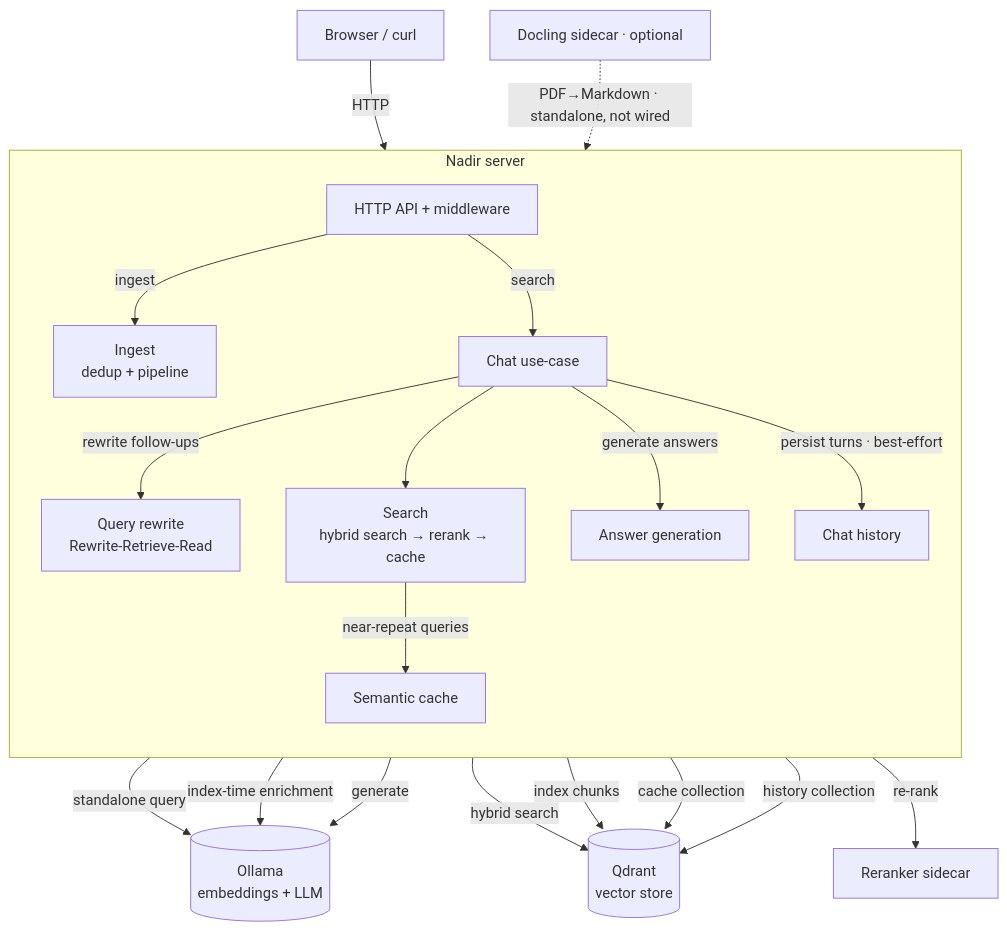
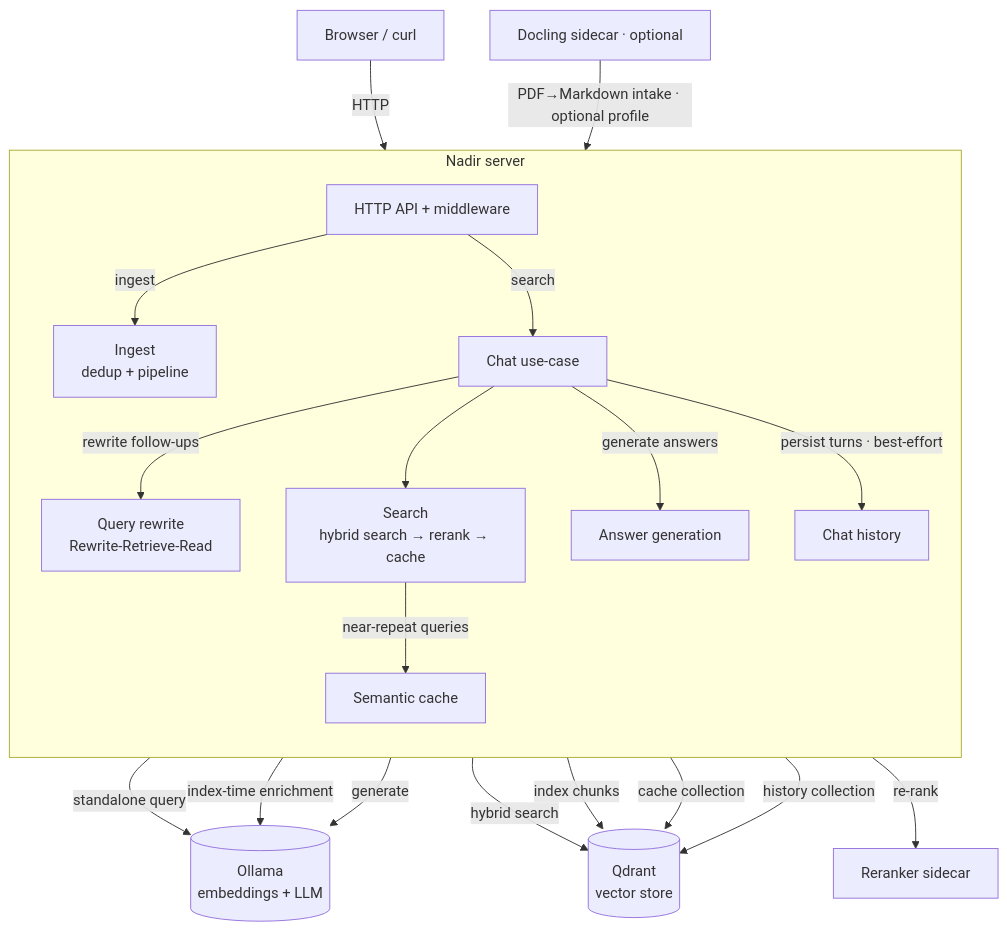
One commit to Chandra179/nadir changed the first of 2 diagrams in docs/architecture.md. Above: the diagram before and after it, drawn with Mermaid. The commit also changed other lines of this file and 56 other files, not shown here.

Commit message:
Deepen architecture and portable document intake

````diff
--- a/docs/architecture.md
+++ b/docs/architecture.md
@@ -10,38 +10,38 @@
 ```mermaid
 flowchart TB
     Client[Browser / curl]
     Ollama[("Ollama<br/>embeddings + LLM")]
     Qdrant[("Qdrant<br/>vector store")]
     RerankerSvc["Reranker sidecar"]
     DoclingSvc["Docling sidecar · optional"]
 
     subgraph Nadir["Nadir server"]
         direction TB
         API["HTTP API + middleware"]
         CHAT["Chat use-case"]
         REWRITE["Query rewrite<br/>Rewrite-Retrieve-Read"]
         SEARCH["Search<br/>hybrid search → rerank → cache"]
         CACHE["Semantic cache"]
         INGEST["Ingest<br/>dedup + pipeline"]
         GEN["Answer generation"]
         HIST["Chat history"]
     end
 
     Client -->|HTTP| API
     API -->|ingest| INGEST
     API -->|search| CHAT
     CHAT -->|rewrite follow-ups| REWRITE
     REWRITE -->|standalone query| Ollama
     CHAT --> SEARCH
     CHAT -->|generate answers| GEN
     CHAT -->|persist turns · best-effort| HIST
     SEARCH -->|hybrid search| Qdrant
     SEARCH -->|near-repeat queries| CACHE
     SEARCH -->|re-rank| RerankerSvc
     INGEST -->|index chunks| Qdrant
     INGEST -->|index-time enrichment| Ollama
     GEN -->|generate| Ollama
     CACHE -->|cache collection| Qdrant
     HIST -->|history collection| Qdrant
-    DoclingSvc -.->|PDF→Markdown · standalone, not wired| INGEST
+    DoclingSvc -->|PDF→Markdown intake · optional profile| INGEST
 ```
````
